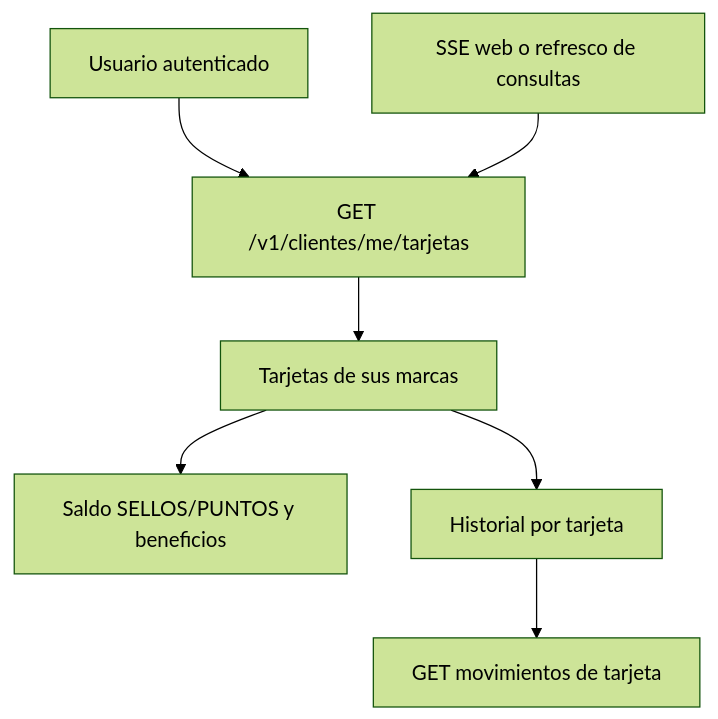
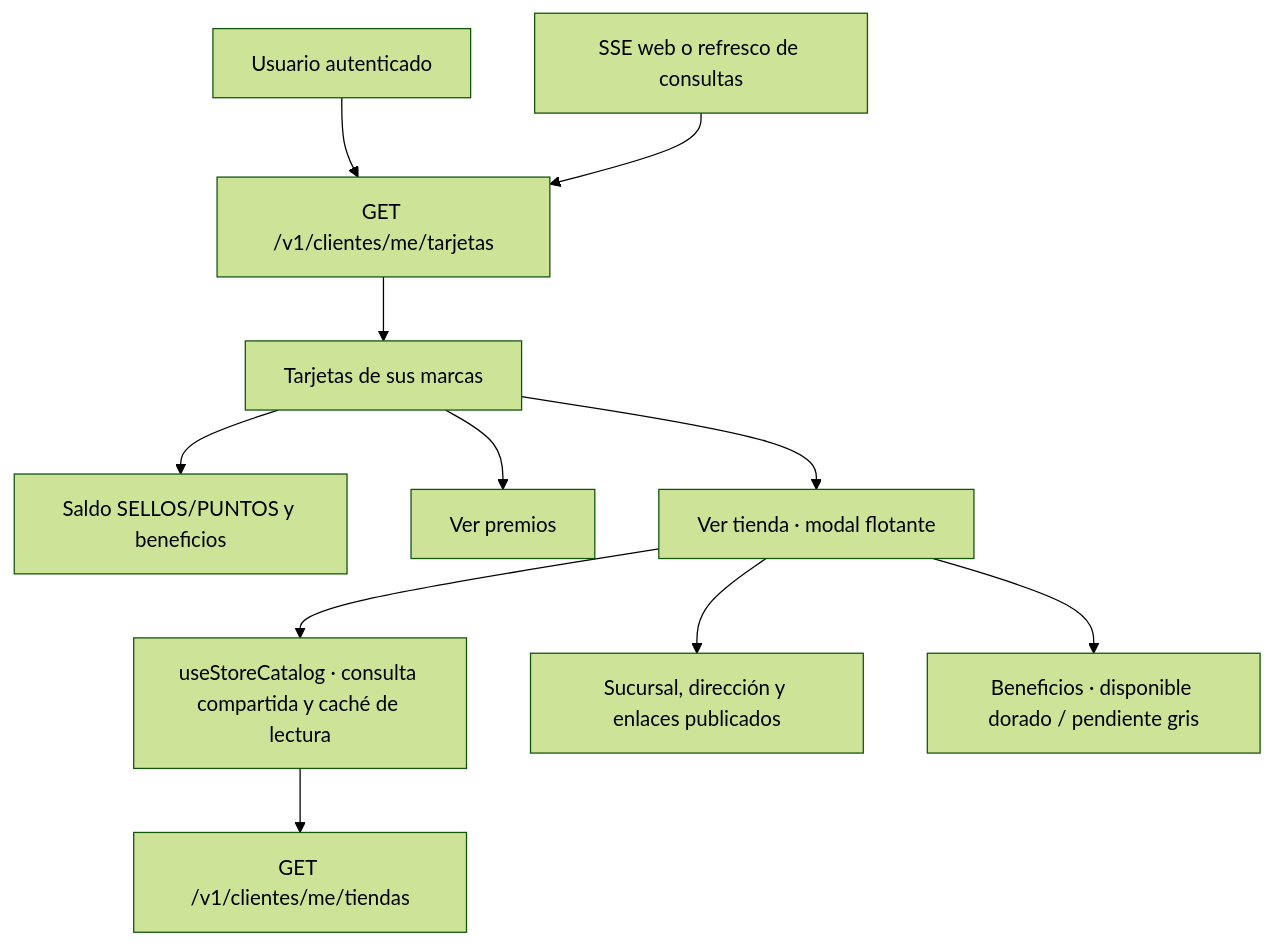
The diagram in docs/flows/23-customer-cards.md (gagonzalez1/puntazo-docs), drawn with Mermaid (forest theme) before and after one commit. The commit also changed other lines of this file and 2 other files, not shown here.

Commit message:
docs: record approved cards and store modal rollout in testing

````diff
--- a/docs/flows/23-customer-cards.md
+++ b/docs/flows/23-customer-cards.md
@@ -17,9 +17,13 @@
 ```mermaid
 flowchart TD
  U[Usuario autenticado] --> API[GET /v1/clientes/me/tarjetas]
  API --> C[Tarjetas de sus marcas]
  C --> B[Saldo SELLOS/PUNTOS y beneficios]
- C --> H[Historial por tarjeta]
- H --> M[GET movimientos de tarjeta]
+ C --> R[Ver premios]
+ C --> T[Ver tienda · modal flotante]
+ T --> S[useStoreCatalog · consulta compartida y caché de lectura]
+ S --> D[GET /v1/clientes/me/tiendas]
+ T --> F[Sucursal, dirección y enlaces publicados]
+ T --> P[Beneficios · disponible dorado / pendiente gris]
  E[SSE web o refresco de consultas] --> API
 ```
````
